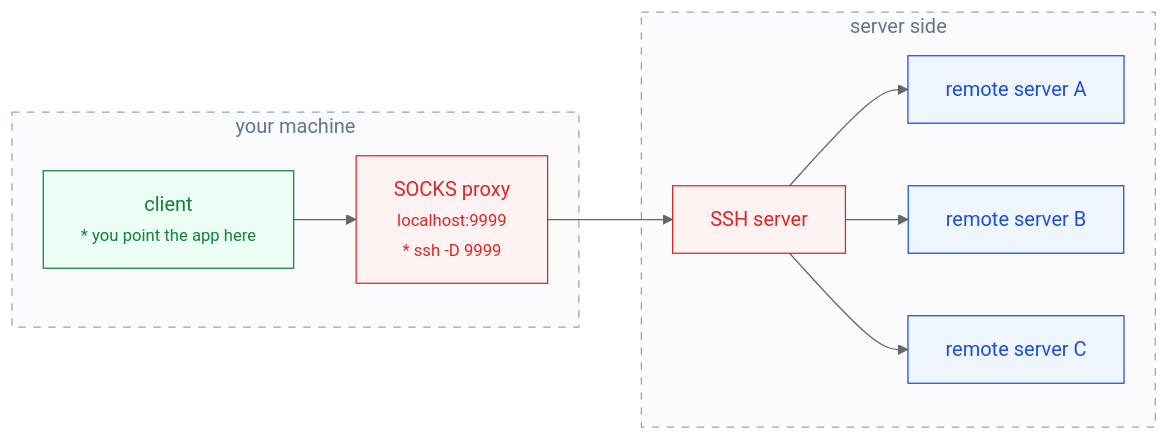
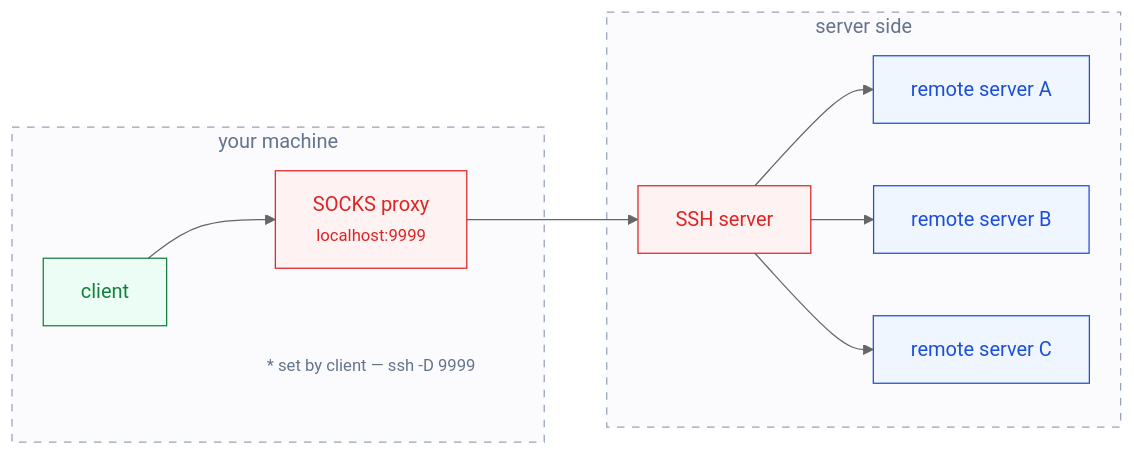
Before and after one commit to ssyrc/ssyrc.github.io: the third of 4 diagrams in _posts/ko/2026-09-16-proxy-and-port-forwarding.md, drawn with Mermaid (neutral theme). The commit also changed other lines of this file and 2 other files, not shown here.

First line of the commit message:
Move setup notes outside the boxes, add a forward proxy section

````diff
--- a/_posts/ko/2026-09-16-proxy-and-port-forwarding.md
+++ b/_posts/ko/2026-09-16-proxy-and-port-forwarding.md
@@ -121,21 +125,25 @@
 ```mermaid
 flowchart LR
     subgraph LOCAL["your machine"]
-        C["client<br/><small>* you point the app here</small>"] --> P["SOCKS proxy<br/><small>localhost:9999</small><br/><small>* ssh -D 9999</small>"]
+        C["client"] --> P["SOCKS proxy<br/><small>localhost:9999</small>"]
+        NOTE["<small>* set by client &mdash; ssh -D 9999</small>"]
     end
     subgraph SRV["server side"]
         H["SSH server"] --> A["remote server A"]
         H --> B["remote server B"]
         H --> D["remote server C"]
     end
     P --> H
+    C ~~~ NOTE
     class C client
     class P,H proxy
     class A,B,D server
+    class NOTE note
     class LOCAL,SRV zone
     classDef client fill:#ecfdf5,stroke:#15803d,color:#15803d
     classDef proxy  fill:#fef2f2,stroke:#dc2626,color:#dc2626
     classDef server fill:#eff6ff,stroke:#1d4ed8,color:#1d4ed8
     classDef kernel fill:#ffffff,stroke:#dc2626,color:#64748b,stroke-dasharray:6 5
     classDef zone   fill:#fbfbfe,stroke:#94a3b8,color:#64748b,stroke-dasharray:6 6
+    classDef note   fill:none,stroke:none,color:#64748b
 ```
````
